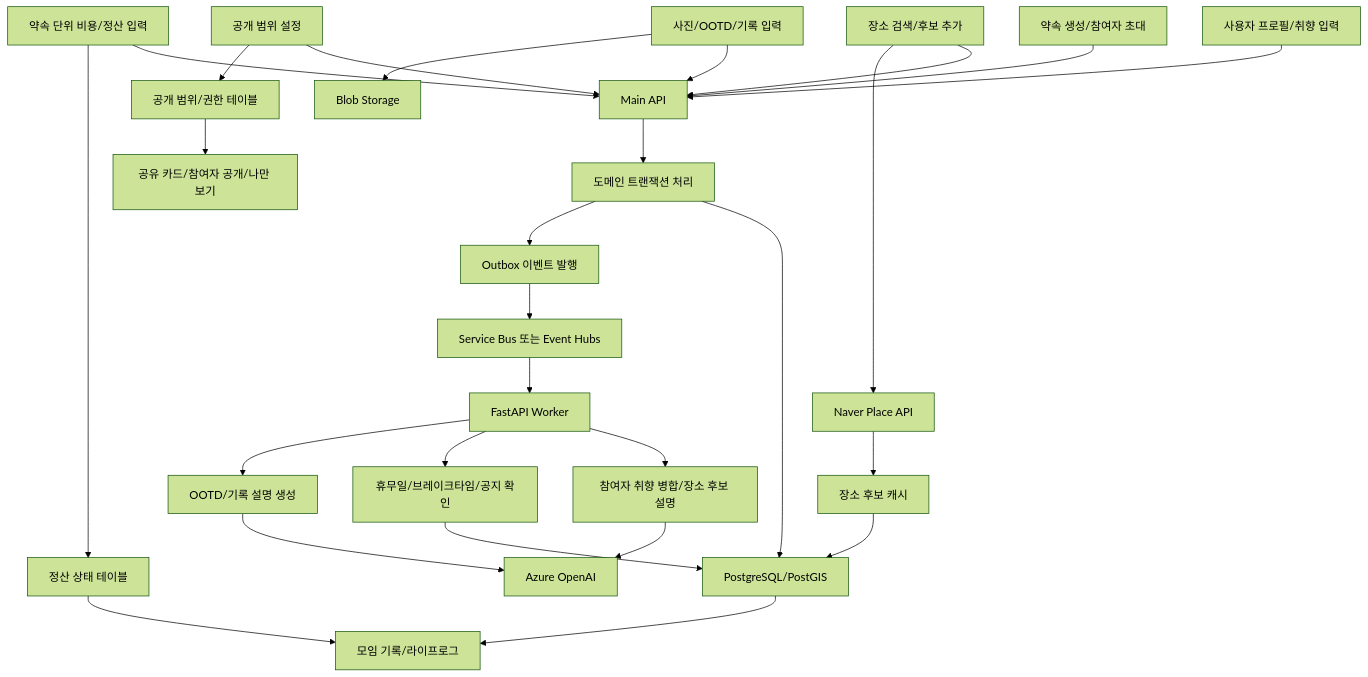
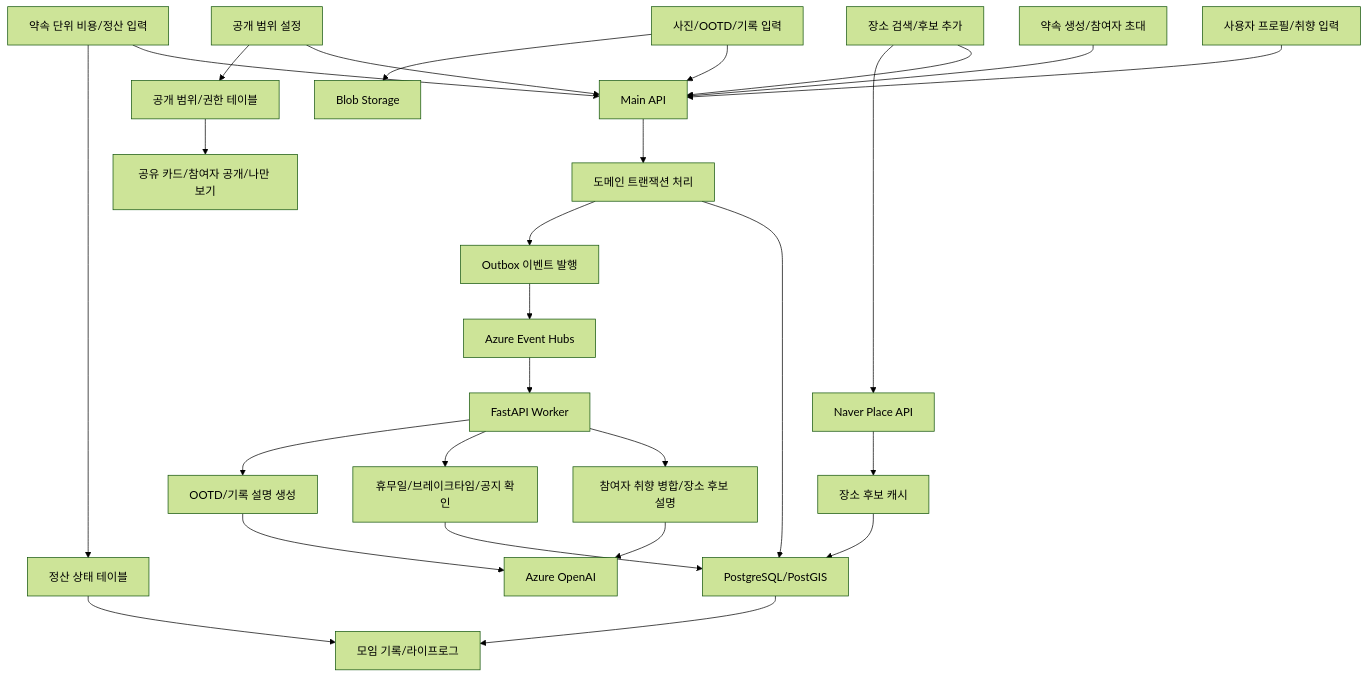
Before and after one commit to Onieum/ONMU: the second of 3 diagrams in docs/architecture/current-architecture-diagram.md, drawn with Mermaid (forest theme). The commit also changed other lines of this file and 71 other files, not shown here.

````diff
--- a/docs/architecture/current-architecture-diagram.md
+++ b/docs/architecture/current-architecture-diagram.md
@@ -121,36 +121,36 @@
 ```mermaid
 flowchart TD
     profile["사용자 프로필/취향 입력"] --> api["Main API"]
     meetup["약속 생성/참여자 초대"] --> api
     place["장소 검색/후보 추가"] --> api
     ootd["사진/OOTD/기록 입력"] --> api
     settlement["약속 단위 비용/정산 입력"] --> api
     privacy["공개 범위 설정"] --> api
 
     api --> tx["도메인 트랜잭션 처리"]
     tx --> db["PostgreSQL/PostGIS"]
     tx --> event["Outbox 이벤트 발행"]
 
     place --> naver["Naver Place API"]
     naver --> cache["장소 후보 캐시"]
     cache --> db
 
-    event --> bus["Service Bus 또는 Event Hubs"]
+    event --> bus["Azure Event Hubs"]
     bus --> worker["FastAPI Worker"]
 
     worker --> recommend["참여자 취향 병합/장소 후보 설명"]
     worker --> placeCheck["휴무일/브레이크타임/공지 확인"]
     worker --> aiRecord["OOTD/기록 설명 생성"]
 
     recommend --> openai["Azure OpenAI"]
     aiRecord --> openai
     placeCheck --> db
 
     ootd --> blob["Blob Storage"]
     settlement --> settlementTable["정산 상태 테이블"]
     privacy --> acl["공개 범위/권한 테이블"]
 
     db --> memory["모임 기록/라이프로그"]
     settlementTable --> memory
     acl --> share["공유 카드/참여자 공개/나만 보기"]
 ```
````
